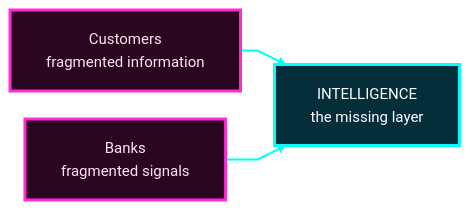
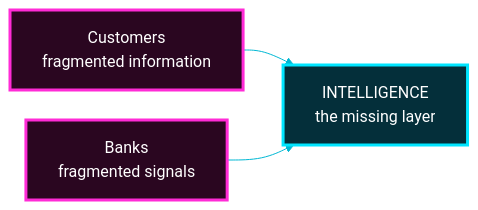
One commit to Mansi232323/MANSHORA changed the third of 17 diagrams in README.md. Above: the diagram before and after it, drawn with Mermaid. The commit also changed other lines of this file, not shown here.

````diff
--- a/README.md
+++ b/README.md
@@ -186,11 +184,10 @@
 ```mermaid
-%%{init: {'theme':'base','themeVariables':{'fontSize':'15px','fontFamily':'Arial, Helvetica, sans-serif','primaryColor':'#0b0b2a','primaryTextColor':'#f5f3ff','primaryBorderColor':'#b026ff','lineColor':'#00fff7','textColor':'#f5f3ff','edgeLabelBackground':'#0b0b2a'},'flowchart':{'htmlLabels':false,'nodeSpacing':28,'rankSpacing':34,'padding':18,'curve':'linear'}}}%%
+%%{init: {'theme':'base','themeVariables':{'fontSize':'16px','fontFamily':'Arial, Helvetica, sans-serif','primaryColor':'#0b0b2a','primaryTextColor':'#ffffff','primaryBorderColor':'#b026ff','lineColor':'#00b8d4','textColor':'#ffffff','edgeLabelBackground':'#0b0b2a'},'flowchart':{'htmlLabels':true,'nodeSpacing':30,'rankSpacing':40,'padding':16,'curve':'basis','wrappingWidth':240,'useMaxWidth':true}}}%%
 flowchart LR
     C["Customers<br/>fragmented information"] --> M["INTELLIGENCE<br/>the missing layer"]
     B["Banks<br/>fragmented signals"] --> M
-    classDef problem fill:#2a0620,stroke:#ff2bd6,stroke-width:3px,color:#ffe4f0
-    classDef answer fill:#042f3a,stroke:#00fff7,stroke-width:3px,color:#ffffff
+    classDef problem fill:#2a0620,stroke:#ff2bd6,stroke-width:3px,color:#ffffff
+    classDef answer fill:#042f3a,stroke:#00e5ff,stroke-width:3px,color:#ffffff
     class C,B problem
     class M answer
-    linkStyle default fill:none,stroke:#00fff7,stroke-width:2px
 ```
````
